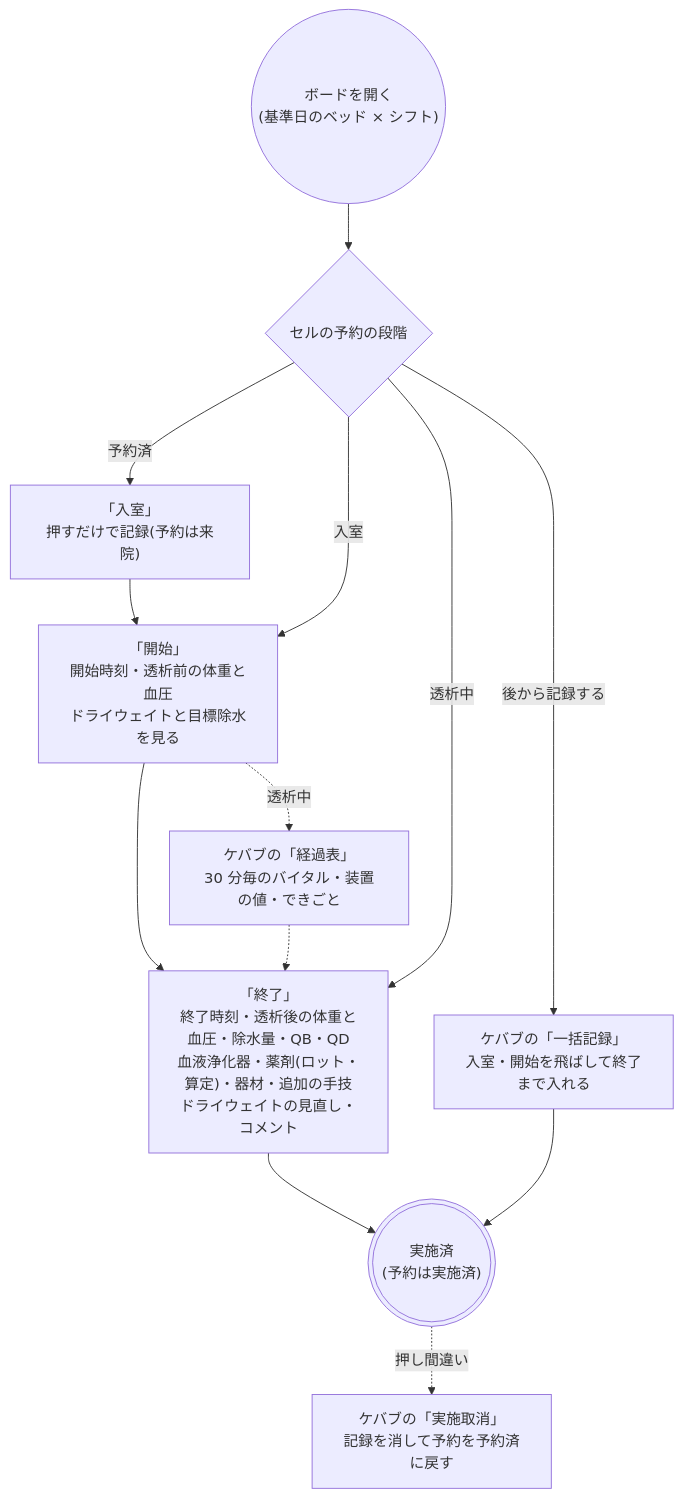
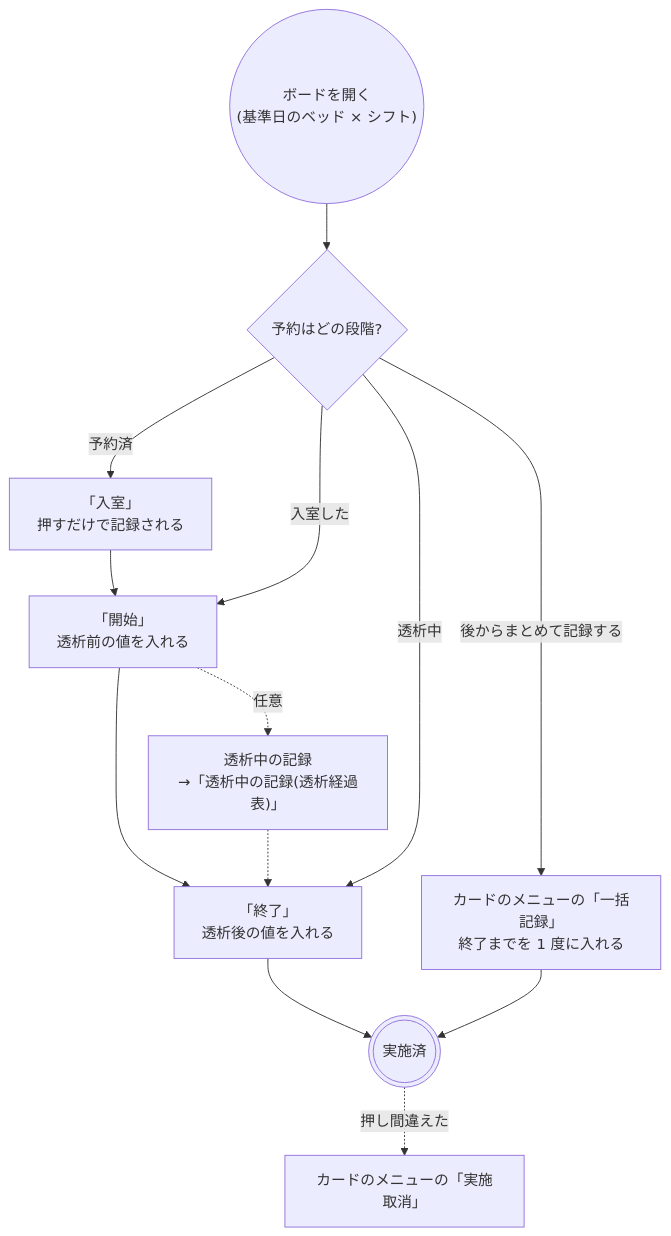
One commit to ysnr-dev/fhir-client-docs changed the fourth of 5 diagrams in docs/flows/dialysis.md. Above: the diagram before and after it, drawn with Mermaid. The commit also changed other lines of this file and 43 other files, not shown here.

Commit message:
docs: 業務フローとシーケンス図を写し直し

````diff
--- a/docs/flows/dialysis.md
+++ b/docs/flows/dialysis.md
@@ -191,20 +244,20 @@
 ```mermaid
 flowchart TD
   board(("ボードを開く<br/>(基準日のベッド × シフト)"))
-  cell{"セルの予約の段階"}
-  arrive["「入室」<br/>押すだけで記録(予約は来院)"]
-  start["「開始」<br/>開始時刻・透析前の体重と血圧<br/>ドライウェイトと目標除水を見る"]
-  chart["ケバブの「経過表」<br/>30 分毎のバイタル・装置の値・できごと"]
-  finish["「終了」<br/>終了時刻・透析後の体重と血圧・除水量・QB・QD<br/>血液浄化器・薬剤(ロット・算定)・器材・追加の手技<br/>ドライウェイトの見直し・コメント"]
-  late["ケバブの「一括記録」<br/>入室・開始を飛ばして終了まで入れる"]
-  done((("実施済<br/>(予約は実施済)")))
-  undo["ケバブの「実施取消」<br/>記録を消して予約を予約済に戻す"]
+  stage{"予約はどの段階?"}
+  arrive["「入室」<br/>押すだけで記録される"]
+  start["「開始」<br/>透析前の値を入れる"]
+  chart["透析中の記録<br/>→「透析中の記録(透析経過表)」"]
+  finish["「終了」<br/>透析後の値を入れる"]
+  late["カードのメニューの「一括記録」<br/>終了までを 1 度に入れる"]
+  done((("実施済")))
+  undo["カードのメニューの「実施取消」"]
 
-  board --> cell
-  cell -- "予約済" --> arrive --> start --> finish --> done
-  start -. "透析中" .-> chart -.-> finish
-  cell -- "入室" --> start
-  cell -- "透析中" --> finish
-  cell -- "後から記録する" --> late --> done
-  done -. "押し間違い" .-> undo
+  board --> stage
+  stage -- "予約済" --> arrive --> start --> finish --> done
+  start -. "任意" .-> chart -.-> finish
+  stage -- "入室した" --> start
+  stage -- "透析中" --> finish
+  stage -- "後からまとめて記録する" --> late --> done
+  done -. "押し間違えた" .-> undo
 ```
````
